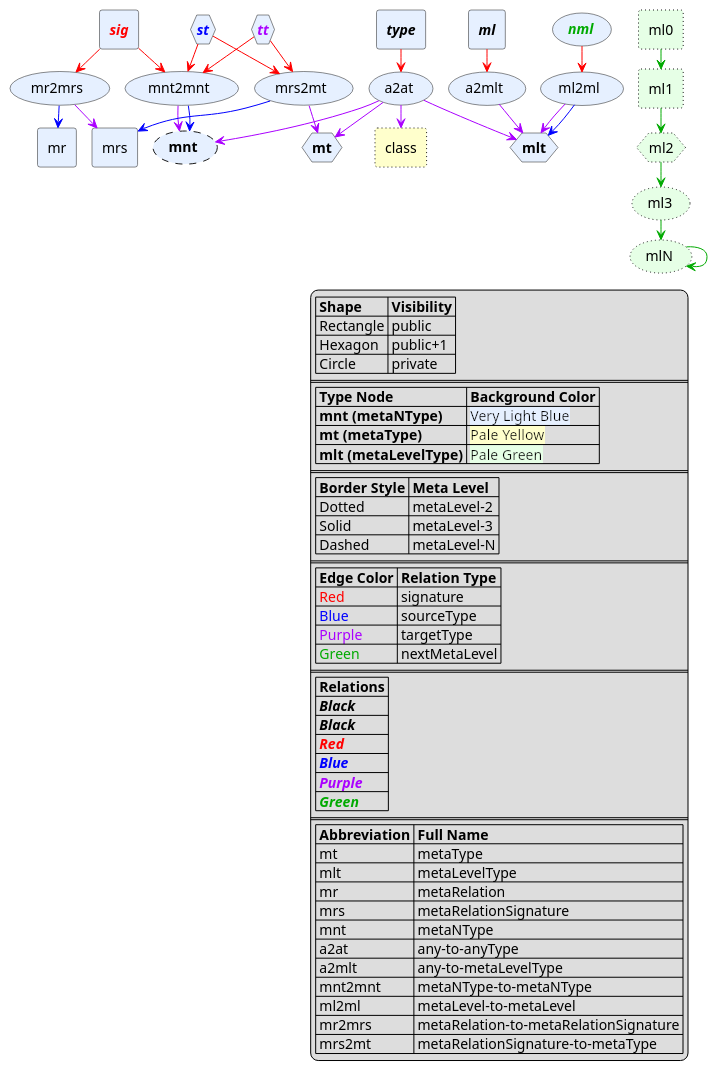
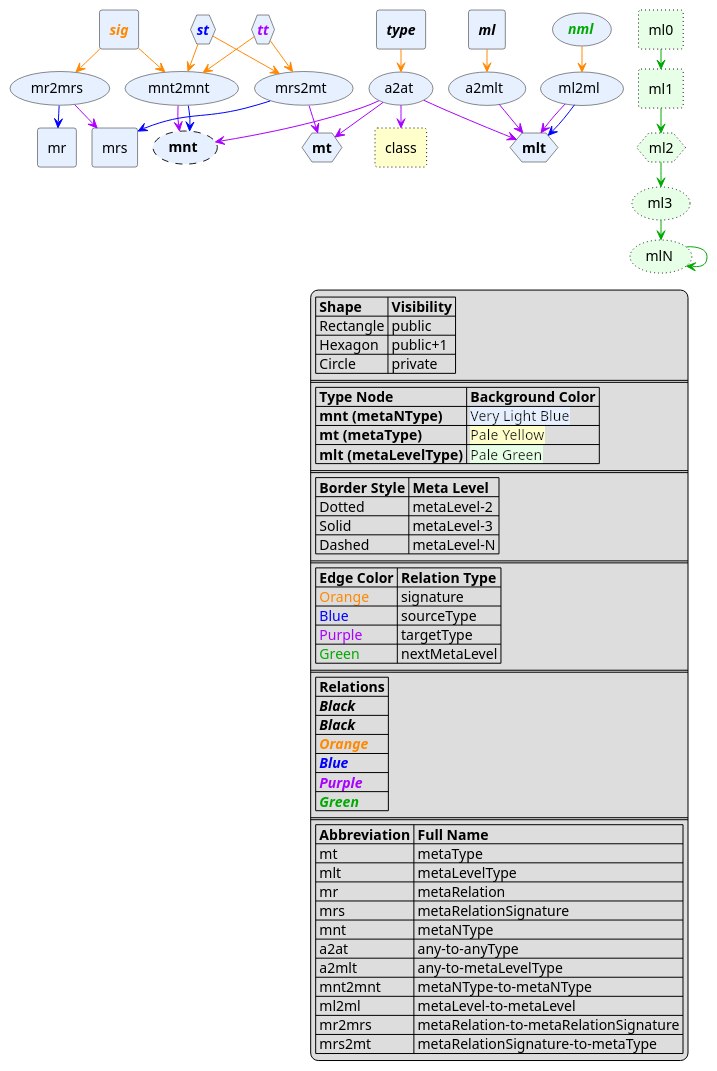
One commit to kneissler/trigraph-layer0-metameta changed the diagram in complete-graph-styled.puml. Above: the diagram before and after it, drawn with PlantUML. The commit also changed 1 other file, not shown here.

Commit message:
complete-graph-styled.drawio

```diff
--- a/complete-graph-styled.puml
+++ b/complete-graph-styled.puml
@@ -1,139 +1,139 @@
 @startuml Complete MetaMeta Graph (Styled)
 skinparam nodesep 15
 skinparam ranksep 20
 
 ' Define all nodes with:
 ' - Background color based on their type (pale colors)
 ' - Border style based on their metaLevel
 ' - Relation nodes have bold colored text (not filled background)
 
 ' Nodes from types.sheet
 ' class: type=metaType, metaLevel=ml2
 rectangle "class" as class #FFFFCC;line.dotted
 
 ' metaType: type=metaNType, metaLevel=ml3 (TYPE NODE - bold colored text)
 hexagon "<b><color:#000000>mt</color></b>" as metaType #E6F0FF
 
 ' metaLevelType: type=metaNType, metaLevel=ml3 (TYPE NODE - bold colored text)
 hexagon "<b><color:#000000>mlt</color></b>" as metaLevelType #E6F0FF
 
 ' metaRelation: type=metaNType, metaLevel=ml3
 rectangle "mr" as metaRelation #E6F0FF
 
 ' metaRelationSignature: type=metaNType, metaLevel=ml3
 rectangle "mrs" as metaRelationSignature #E6F0FF
 
 ' metaNType: type=metaNType, metaLevel=mlN (TYPE NODE - bold colored text)
 (<b><color:#000000>mnt</color></b>) as metaNType #E6F0FF;line.dashed
 
 ' Nodes from metaLevels.sheet
 ' All have type=metaLevelType, metaLevel=ml2
 rectangle "ml0" as ml0 #E6FFE6;line.dotted
 rectangle "ml1" as ml1 #E6FFE6;line.dotted
 hexagon "ml2" as ml2 #E6FFE6;line.dotted
 (ml3) as ml3 #E6FFE6;line.dotted
 (mlN) as mlN #E6FFE6;line.dotted
 
 ' Nodes from metaRelations.sheet (relation type nodes)
 ' All have type=metaNType, metaLevel=ml3
 ' Bold text with relation color, background=metaNType color (very light blue)
 rectangle "<b><i><color:#000000>type</color></i></b>" as type_rel #E6F0FF
 rectangle "<b><i><color:#000000>ml</color></i></b>" as metaLevel_rel #E6F0FF
-rectangle "<b><i><color:#FF0000>sig</color></i></b>" as signature_rel #E6F0FF
+rectangle "<b><i><color:#FF8800>sig</color></i></b>" as signature_rel #E6F0FF
 hexagon "<b><i><color:#0000FF>st</color></i></b>" as sourceType_rel #E6F0FF
 hexagon "<b><i><color:#AA00FF>tt</color></i></b>" as targetType_rel #E6F0FF
 (<b><i><color:#00AA00>nml</color></i></b>) as nextMetaLevel_rel #E6F0FF
 
 ' Nodes from metaRelationSignatures.sheet (all private)
 ' All have type=metaNType, metaLevel=ml3
 (a2at) as sig1 #E6F0FF
 (a2mlt) as sig2 #E6F0FF
 (mnt2mnt) as sig3 #E6F0FF
 (ml2ml) as sig4 #E6F0FF
 (mr2mrs) as sig5 #E6F0FF
 (mrs2mt) as sig6 #E6F0FF
 
 ' Relations - EXCLUDING type and metaLevel relations
 ' Only showing: signature, sourceType, targetType, nextMetaLevel
 
 ' -nextMetaLevel-> relations (green)
 ml0 -[#00AA00]-> ml1
 ml1 -[#00AA00]-> ml2
 ml2 -[#00AA00]-> ml3
 ml3 -[#00AA00]-> mlN
 mlN -[#00AA00]-> mlN
 
-' -signature-> relations (red)
-type_rel -[#FF0000]-> sig1
-metaLevel_rel -[#FF0000]-> sig2
-signature_rel -[#FF0000]-> sig3
-signature_rel -[#FF0000]-> sig5
-nextMetaLevel_rel -[#FF0000]-> sig4
-sourceType_rel -[#FF0000]-> sig3
-sourceType_rel -[#FF0000]-> sig6
-targetType_rel -[#FF0000]-> sig3
-targetType_rel -[#FF0000]-> sig6
+' -signature-> relations (orange)
+type_rel -[#FF8800]-> sig1
+metaLevel_rel -[#FF8800]-> sig2
+signature_rel -[#FF8800]-> sig3
+signature_rel -[#FF8800]-> sig5
+nextMetaLevel_rel -[#FF8800]-> sig4
+sourceType_rel -[#FF8800]-> sig3
+sourceType_rel -[#FF8800]-> sig6
+targetType_rel -[#FF8800]-> sig3
+targetType_rel -[#FF8800]-> sig6
 
 ' -targetType-> relations (purple)
 sig1 -[#AA00FF]-> class
 sig1 -[#AA00FF]-> metaType
 sig1 -[#AA00FF]-> metaNType
 sig1 -[#AA00FF]-> metaLevelType
 sig2 -[#AA00FF]-> metaLevelType
 sig3 -[#AA00FF]-> metaNType
 sig4 -[#AA00FF]-> metaLevelType
 sig5 -[#AA00FF]-> metaRelationSignature
 sig6 -[#AA00FF]-> metaType
 
 ' -sourceType-> relations (blue)
 sig3 -[#0000FF]-> metaNType
 sig4 -[#0000FF]-> metaLevelType
 sig5 -[#0000FF]-> metaRelation
 sig6 -[#0000FF]-> metaRelationSignature
 
 ' Legend
 legend right
   |= Shape |= Visibility |
   | Rectangle | public |
   | Hexagon | public+1 |
   | Circle | private |
   ====
   |= Type Node |= Background Color |
   | <b><color:#000000>mnt (metaNType)</color></b> | <back:#E6F0FF>Very Light Blue</back> |
   | <b><color:#000000>mt (metaType)</color></b> | <back:#FFFFCC>Pale Yellow</back> |
   | <b><color:#000000>mlt (metaLevelType)</color></b> | <back:#E6FFE6>Pale Green</back> |
   ====
   |= Border Style |= Meta Level |
   | Dotted | metaLevel-2 |
   | Solid | metaLevel-3 |
   | Dashed | metaLevel-N |
   ====
   |= Edge Color |= Relation Type |
-  | <color:#FF0000>Red</color> | signature |
+  | <color:#FF8800>Orange</color> | signature |
   | <color:#0000FF>Blue</color> | sourceType |
   | <color:#AA00FF>Purple</color> | targetType |
   | <color:#00AA00>Green</color> | nextMetaLevel |
   ====
   |= Relations |
   | <b><i><color:#000000>Black</color></i></b> | type |
   | <b><i><color:#000000>Black</color></i></b> | metaLevel |
-  | <b><i><color:#FF0000>Red</color></i></b> | signature |
+  | <b><i><color:#FF8800>Orange</color></i></b> | signature |
   | <b><i><color:#0000FF>Blue</color></i></b> | sourceType |
   | <b><i><color:#AA00FF>Purple</color></i></b> | targetType |
   | <b><i><color:#00AA00>Green</color></i></b> | nextMetaLevel |
   ====
   |= Abbreviation |= Full Name |
   | mt | metaType |
   | mlt | metaLevelType |
   | mr | metaRelation |
   | mrs | metaRelationSignature |
   | mnt | metaNType |
   | a2at | any-to-anyType |
   | a2mlt | any-to-metaLevelType |
   | mnt2mnt | metaNType-to-metaNType |
   | ml2ml | metaLevel-to-metaLevel |
   | mr2mrs | metaRelation-to-metaRelationSignature |
   | mrs2mt | metaRelationSignature-to-metaType |
 endlegend
 
 @enduml
```
